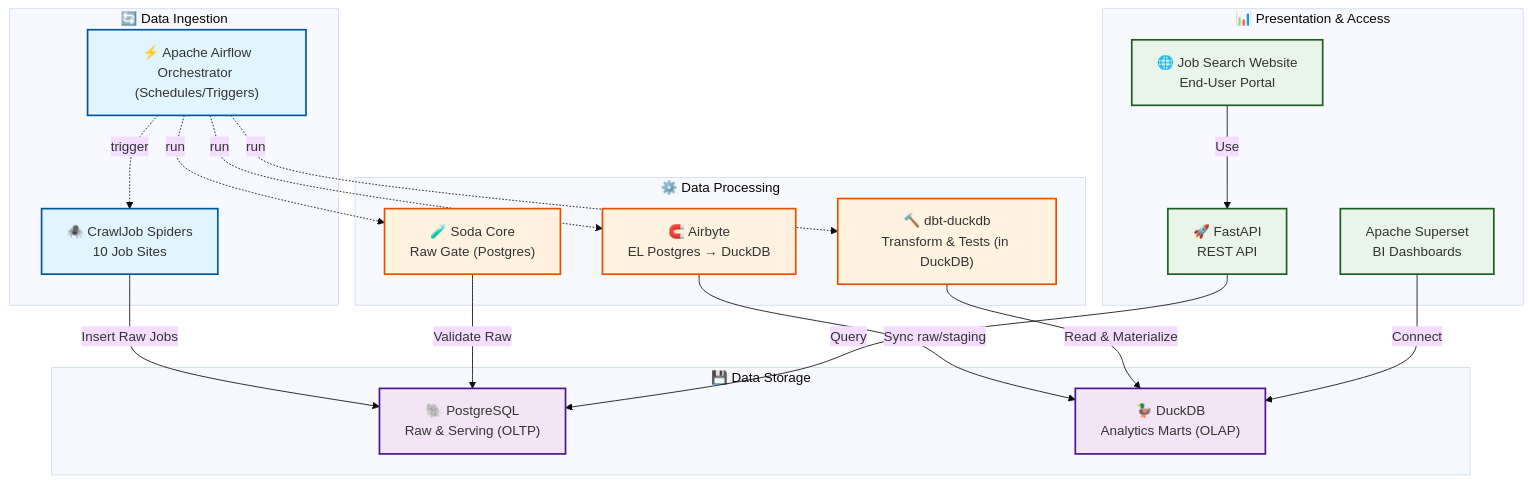
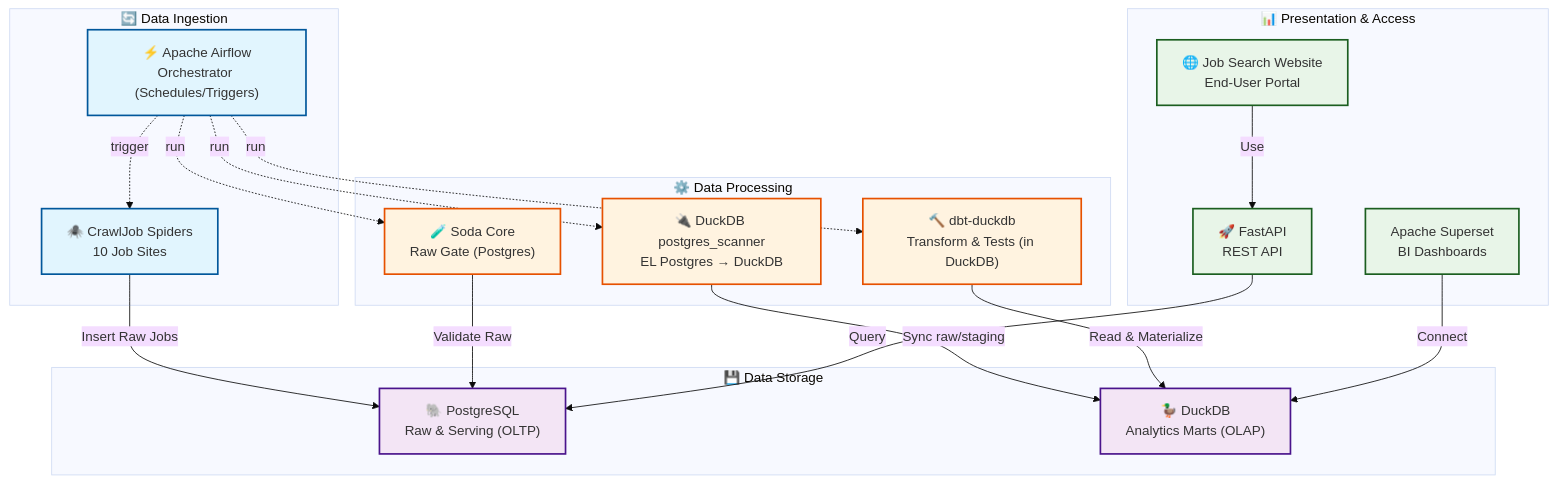
The first of 4 diagrams in plan/DATA_ENGINEERING_STACK_PLAN.md (thethien8a/Crawl-Jobs), drawn with Mermaid (base theme) before and after one commit. The commit also changed other lines of this file and 11 other files, not shown here.

````diff
--- a/plan/DATA_ENGINEERING_STACK_PLAN.md
+++ b/plan/DATA_ENGINEERING_STACK_PLAN.md
@@ -49,53 +49,53 @@
 ```mermaid
 flowchart TD
     %% Layers
     subgraph ingestion["🔄 Data Ingestion"]
         spiders["🕷️ CrawlJob Spiders<br/>10 Job Sites"]
         airflow["⚡ Apache Airflow<br/>Orchestrator (Schedules/Triggers)"]
     end
 
     subgraph storage["💾 Data Storage"]
         postgres["🐘 PostgreSQL<br/>Raw & Serving (OLTP)"]
         duckdb["🦆 DuckDB<br/>Analytics Marts (OLAP)"]
     end
 
     subgraph processing["⚙️ Data Processing"]
         soda["🧪 Soda Core<br/>Raw Gate (Postgres)"]
-        airbyte["🧲 Airbyte<br/>EL Postgres → DuckDB"]
+        scanner["🔌 DuckDB postgres_scanner<br/>EL Postgres → DuckDB"]
         dbt["🔨 dbt-duckdb<br/>Transform & Tests (in DuckDB)"]
     end
 
     subgraph presentation["📊 Presentation & Access"]
         superset["Apache Superset<br/>BI Dashboards"]
         fastapi["🚀 FastAPI<br/>REST API"]
         webapp["🌐 Job Search Website<br/>End-User Portal"]
     end
 
     %% Orchestration (control-plane)
     airflow -. trigger .-> spiders
     airflow -. run .-> soda
-    airflow -. run .-> airbyte
+    airflow -. run .-> scanner
     airflow -. run .-> dbt
 
     %% Data plane
     spiders -->|"Insert Raw Jobs"| postgres
     soda -->|"Validate Raw"| postgres
-    airbyte -->|"Sync raw/staging"| duckdb
+    scanner -->|"Sync raw/staging"| duckdb
     dbt -->|"Read & Materialize"| duckdb
 
     %% Serving
     fastapi -->|"Query"| postgres
     webapp -->|"Use"| fastapi
     superset -->|"Connect"| duckdb
 
     %% Styles
     classDef ingestionStyle fill:#e1f5fe,stroke:#01579b,stroke-width:2px
     classDef storageStyle fill:#f3e5f5,stroke:#4a148c,stroke-width:2px
     classDef processStyle fill:#fff3e0,stroke:#e65100,stroke-width:2px
     classDef presentStyle fill:#e8f5e8,stroke:#1b5e20,stroke-width:2px
 
     class spiders,airflow ingestionStyle
     class postgres,duckdb storageStyle
-    class dbt,airbyte,soda processStyle
+    class dbt,scanner,soda processStyle
     class superset,fastapi,webapp presentStyle
 ```
````
